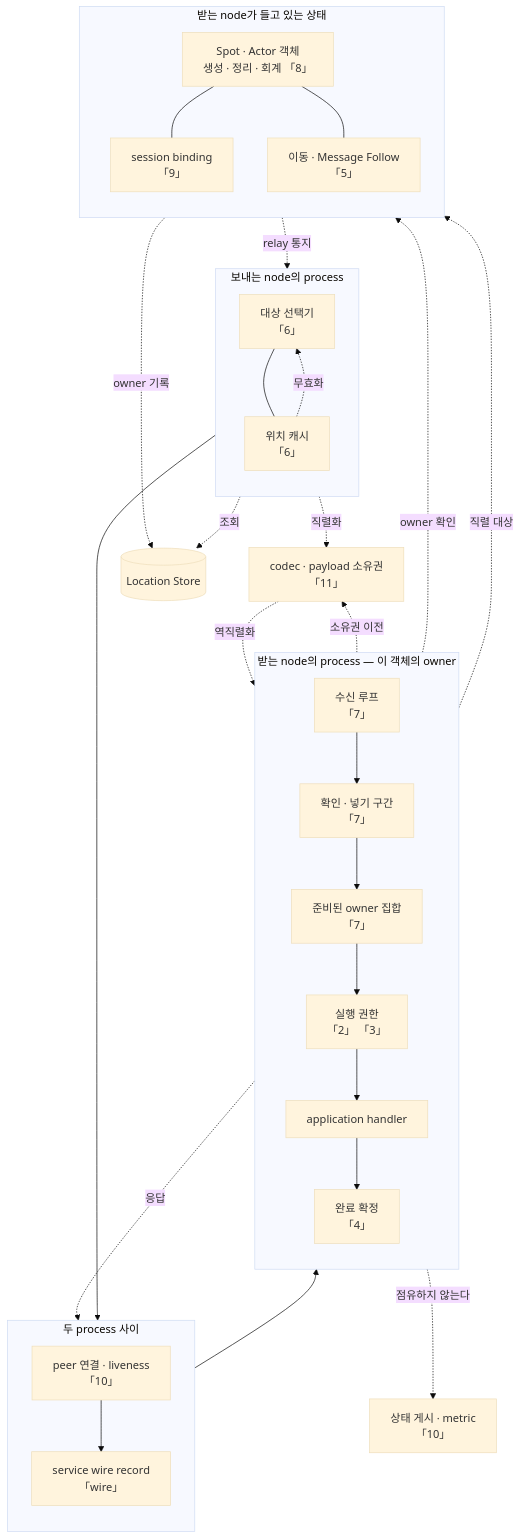
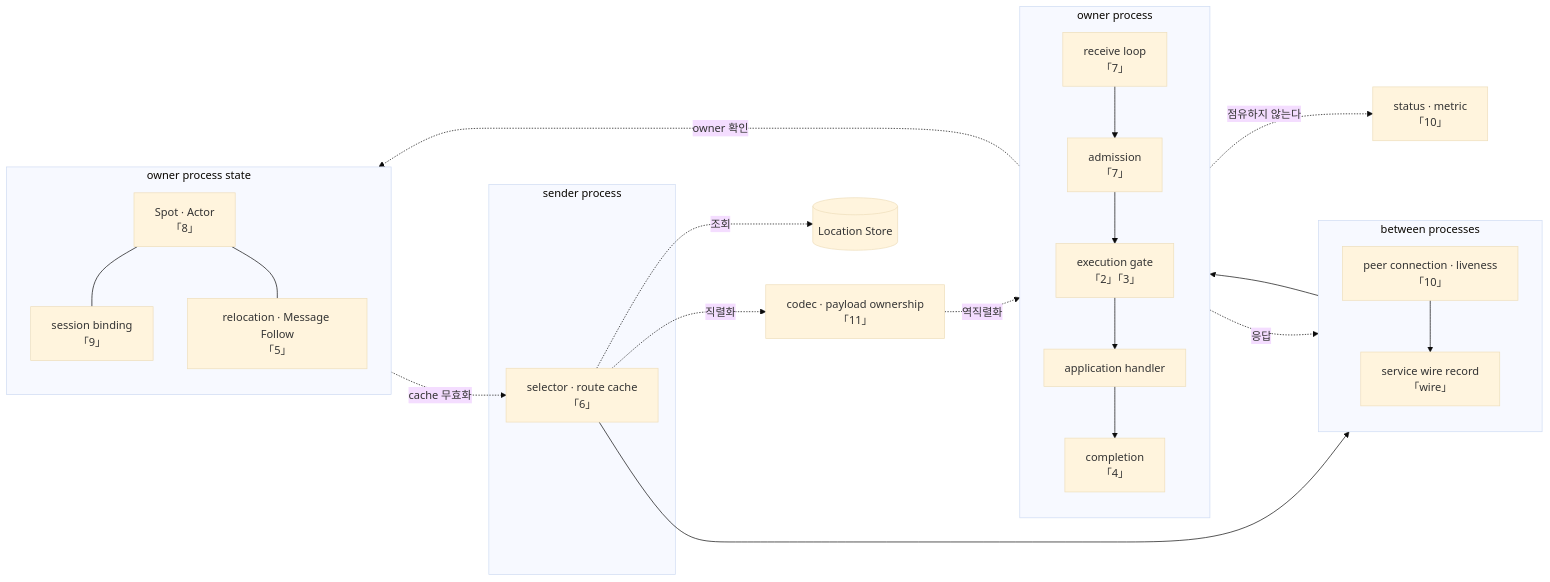
One commit to kairos-code-dev/zlink changed the diagram in framework/doc/framework/common/internals/README.ko.md. Above: the diagram before and after it, drawn with Mermaid (base theme). The commit also changed other lines of this file and 15 other files, not shown here.

````diff
--- a/framework/doc/framework/common/internals/README.ko.md
+++ b/framework/doc/framework/common/internals/README.ko.md
@@ -32,54 +32,43 @@
 ```mermaid
-flowchart TB
-    subgraph SEND["보내는 node의 process"]
-        direction TB
-        SEL["대상 선택기<br/>「6」"]
-        RC["위치 캐시<br/>「6」"]
-        SEL --- RC
+flowchart LR
+    subgraph SEND["sender process"]
+        SEL["selector · route cache<br/>「6」"]
     end
 
-    subgraph WIRE["두 process 사이"]
+    subgraph WIRE["between processes"]
         direction TB
-        TR["peer 연결 · liveness<br/>「10」"]
+        TR["peer connection · liveness<br/>「10」"]
         REC["service wire record<br/>「wire」"]
     end
 
-    subgraph RECVSIDE["받는 node의 process — 이 객체의 owner"]
+    subgraph OWNER["owner process"]
         direction TB
-        RL["수신 루프<br/>「7」"]
-        AD["확인 · 넣기 구간<br/>「7」"]
-        RS["준비된 owner 집합<br/>「7」"]
-        GATE["실행 권한<br/>「2」 「3」"]
+        RL["receive loop<br/>「7」"]
+        AD["admission<br/>「7」"]
+        GATE["execution gate<br/>「2」「3」"]
         H["application handler"]
-        FIN["완료 확정<br/>「4」"]
+        FIN["completion<br/>「4」"]
     end
 
-    subgraph STATE["받는 node가 들고 있는 상태"]
+    subgraph STATE["owner process state"]
         direction TB
-        OBJ["Spot · Actor 객체<br/>생성 · 정리 · 회계 「8」"]
+        OBJ["Spot · Actor<br/>「8」"]
         SB["session binding<br/>「9」"]
-        MV["이동 · Message Follow<br/>「5」"]
+        MV["relocation · Message Follow<br/>「5」"]
     end
 
-    COD["codec · payload 소유권<br/>「11」"]
+    COD["codec · payload ownership<br/>「11」"]
     LS[("Location Store")]
-    OBS["상태 게시 · metric<br/>「10」"]
+    OBS["status · metric<br/>「10」"]
 
-    SEL --> TR --> REC --> RL
-    RL --> AD --> RS --> GATE --> H --> FIN
+    SEL --> TR --> REC --> RL --> AD --> GATE --> H --> FIN
     FIN -. "응답" .-> TR
-
-    SEL -. "직렬화" .-> COD
-    RL -. "소유권 이전" .-> COD
-    COD -. "역직렬화" .-> H
-
     SEL -. "조회" .-> LS
-    RC -. "무효화" .-> SEL
     AD -. "owner 확인" .-> OBJ
-    GATE -. "직렬 대상" .-> OBJ
-    OBJ -. "owner 기록" .-> LS
     OBJ --- SB
     OBJ --- MV
-    MV -. "relay 통지" .-> RC
+    MV -. "cache 무효화" .-> SEL
+    SEL -. "직렬화" .-> COD
+    COD -. "역직렬화" .-> H
     GATE -. "점유하지 않는다" .-> OBS
 ```
````
